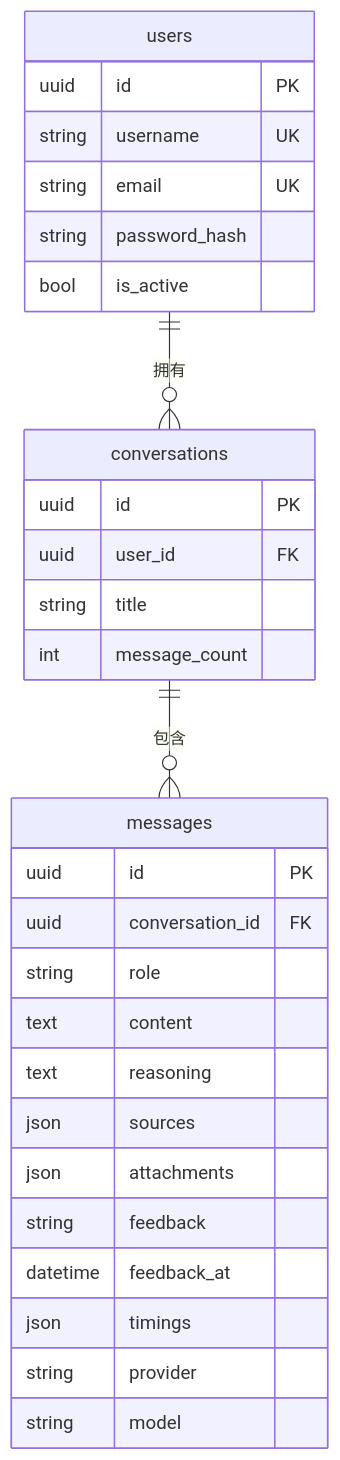
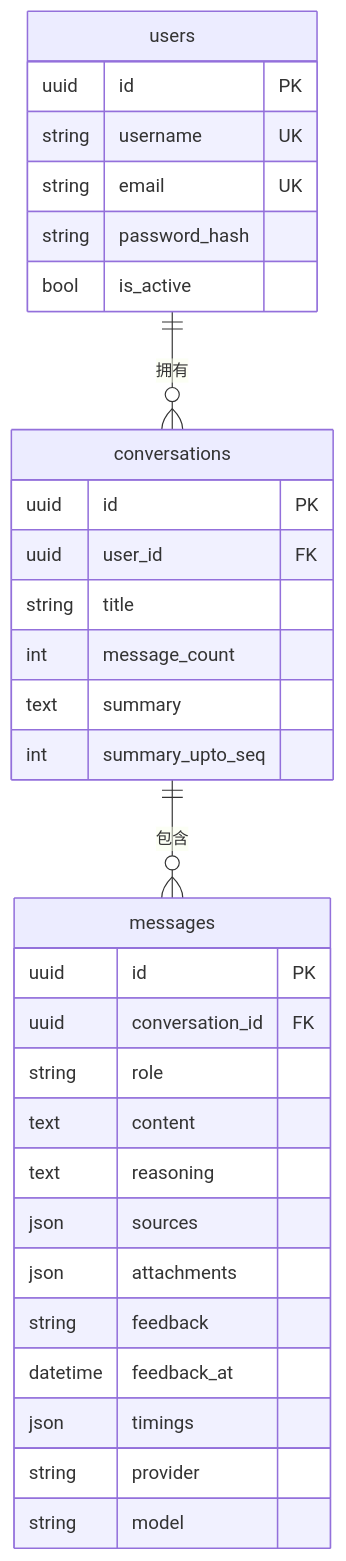
One commit to HoarHam/Bidding_QA_Chatbot changed the diagram in docs/database.md. Above: the diagram before and after it, drawn with Mermaid. The commit also changed other lines of this file and 10 other files, not shown here.

````diff
--- a/docs/database.md
+++ b/docs/database.md
@@ -73,33 +73,35 @@
 ```mermaid
 erDiagram
     users ||--o{ conversations : 拥有
     conversations ||--o{ messages : 包含
 
     users {
         uuid id PK
         string username UK
         string email UK
         string password_hash
         bool is_active
     }
     conversations {
         uuid id PK
         uuid user_id FK
         string title
         int message_count
+        text summary
+        int summary_upto_seq
     }
     messages {
         uuid id PK
         uuid conversation_id FK
         string role
         text content
         text reasoning
         json sources
         json attachments
         string feedback
         datetime feedback_at
         json timings
         string provider
         string model
     }
 ```
````
